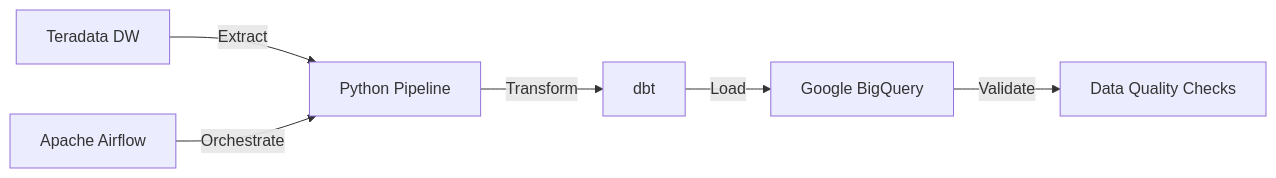
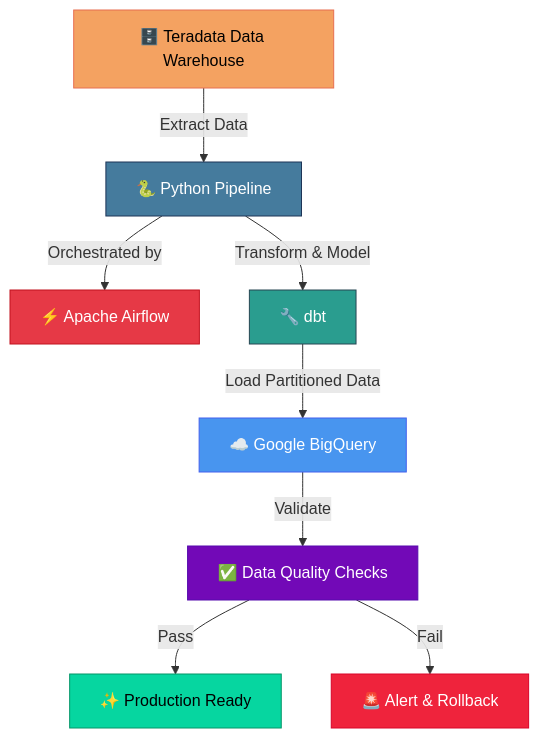
Before and after one commit to sushnith2022-art/portfolio: the diagram in cloud-migration-toolkit/README.md, drawn with Mermaid.

Commit message:
README.md

````diff
--- a/cloud-migration-toolkit/README.md
+++ b/cloud-migration-toolkit/README.md
@@ -14,8 +14,19 @@
 ```mermaid
-graph LR
-    A[Teradata DW] -->|Extract| B[Python Pipeline]
-    B -->|Transform| C[dbt]
-    C -->|Load| D[Google BigQuery]
-    D -->|Validate| E[Data Quality Checks]
-    F[Apache Airflow] -->|Orchestrate| B
+flowchart TD
+    A[🗄️ Teradata Data Warehouse] -->|Extract Data| B[🐍 Python Pipeline]
+    B -->|Orchestrated by| C[⚡ Apache Airflow]
+    B -->|Transform & Model| D[🔧 dbt]
+    D -->|Load Partitioned Data| E[☁️ Google BigQuery]
+    E -->|Validate| F[✅ Data Quality Checks]
+    F -->|Pass| G[✨ Production Ready]
+    F -->|Fail| H[🚨 Alert & Rollback]
+
+    style A fill:#f4a261,stroke:#e76f51,color:#000
+    style B fill:#457b9d,stroke:#1d3557,color:#fff
+    style C fill:#e63946,stroke:#c1121f,color:#fff
+    style D fill:#2a9d8f,stroke:#264653,color:#fff
+    style E fill:#4895ef,stroke:#4361ee,color:#fff
+    style F fill:#7209b7,stroke:#560bad,color:#fff
+    style G fill:#06d6a0,stroke:#059669,color:#000
+    style H fill:#ef233c,stroke:#d90429,color:#fff
 ```
````
